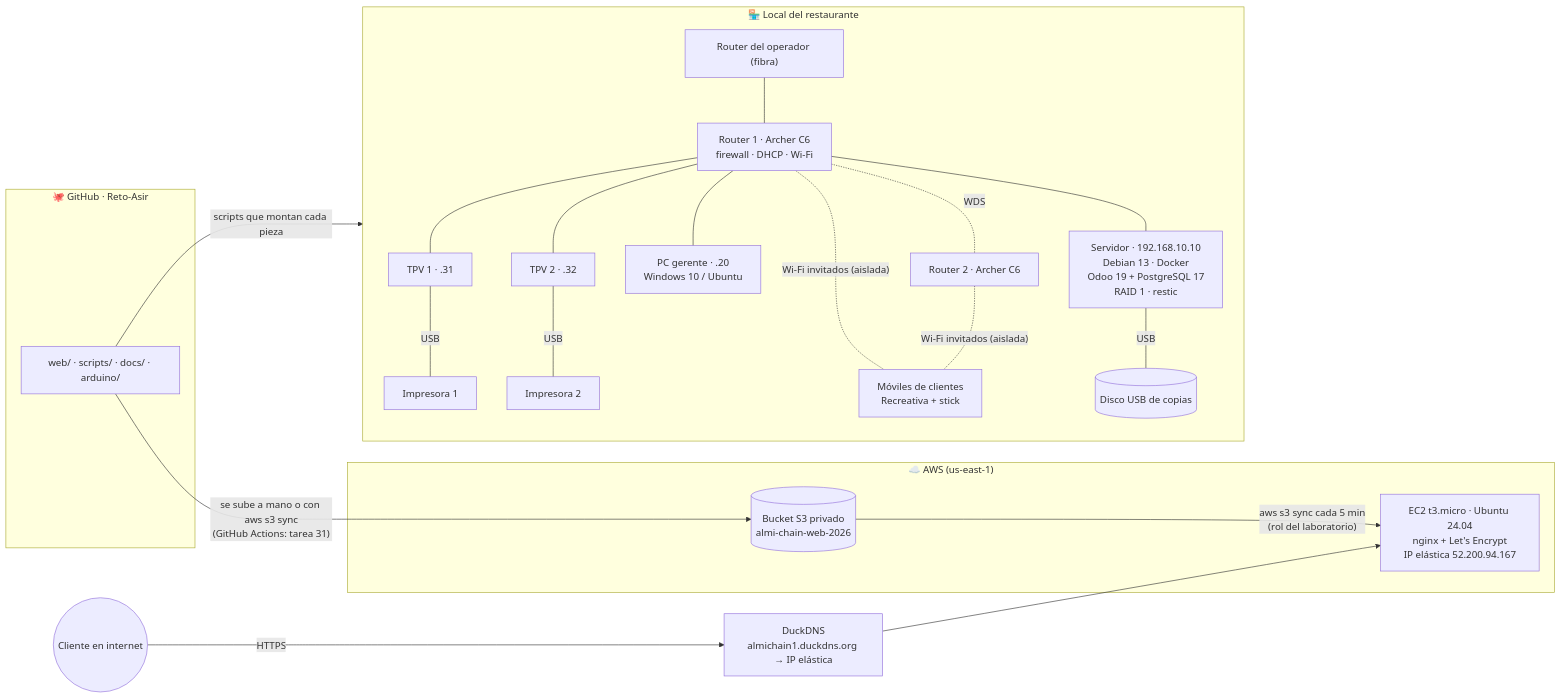
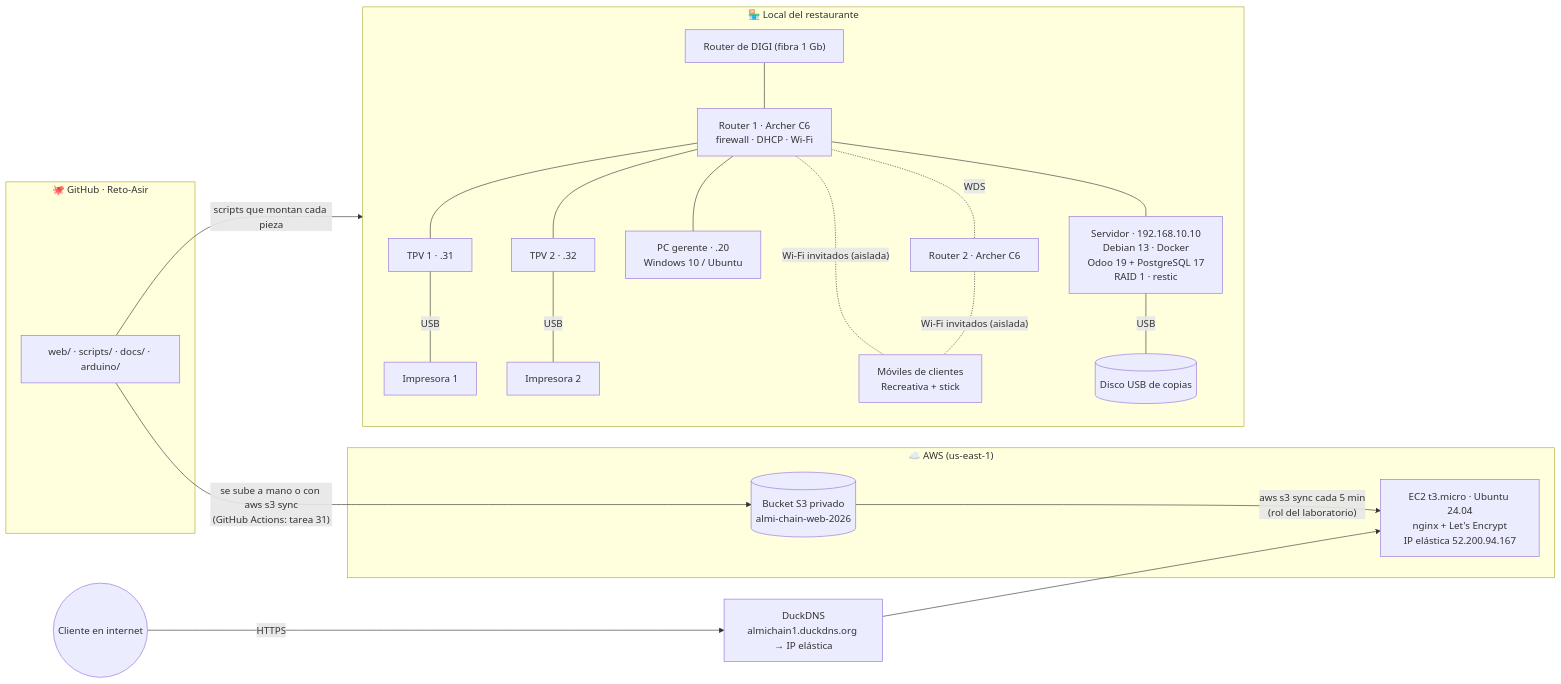
One commit to zHGx-alt/Reto-Asir changed the first of 5 diagrams in LOGICA_RETO.md. Above: the diagram before and after it, drawn with Mermaid. The commit also changed other lines of this file and 9 other files, not shown here.

````diff
--- a/LOGICA_RETO.md
+++ b/LOGICA_RETO.md
@@ -46,28 +46,28 @@
 ```mermaid
 flowchart LR
     subgraph NUBE["☁️ AWS (us-east-1)"]
         S3[("Bucket S3 privado<br/>almi-chain-web-2026")]
         EC2["EC2 t3.micro · Ubuntu 24.04<br/>nginx + Let's Encrypt<br/>IP elástica 52.200.94.167"]
         S3 -- "aws s3 sync cada 5 min<br/>(rol del laboratorio)" --> EC2
     end
     DNS["DuckDNS<br/>almichain1.duckdns.org → IP elástica"]
     CLIENTE_WEB(("Cliente en internet")) -- "HTTPS" --> DNS --> EC2
 
     subgraph LOCAL["🏪 Local del restaurante"]
-        ONT["Router del operador (fibra)"] --- R1["Router 1 · Archer C6<br/>firewall · DHCP · Wi-Fi"]
+        ONT["Router de DIGI (fibra 1 Gb)"] --- R1["Router 1 · Archer C6<br/>firewall · DHCP · Wi-Fi"]
         R1 -. "WDS" .- R2["Router 2 · Archer C6"]
         R1 --- SRV["Servidor · 192.168.10.10<br/>Debian 13 · Docker<br/>Odoo 19 + PostgreSQL 17<br/>RAID 1 · restic"]
         R1 --- GER["PC gerente · .20<br/>Windows 10 / Ubuntu"]
         R1 --- TPV1["TPV 1 · .31"] & TPV2["TPV 2 · .32"]
         TPV1 -- USB --- IMP1["Impresora 1"]
         TPV2 -- USB --- IMP2["Impresora 2"]
         R1 & R2 -. "Wi-Fi invitados (aislada)" .- INV["Móviles de clientes<br/>Recreativa + stick"]
         SRV -- USB --- USBK[("Disco USB de copias")]
     end
 
     subgraph REPO["🐙 GitHub · Reto-Asir"]
         CODE["web/ · scripts/ · docs/ · arduino/"]
     end
     CODE -- "se sube a mano o con aws s3 sync<br/>(GitHub Actions: tarea 31)" --> S3
     CODE -- "scripts que montan cada pieza" --> LOCAL
 ```
````
